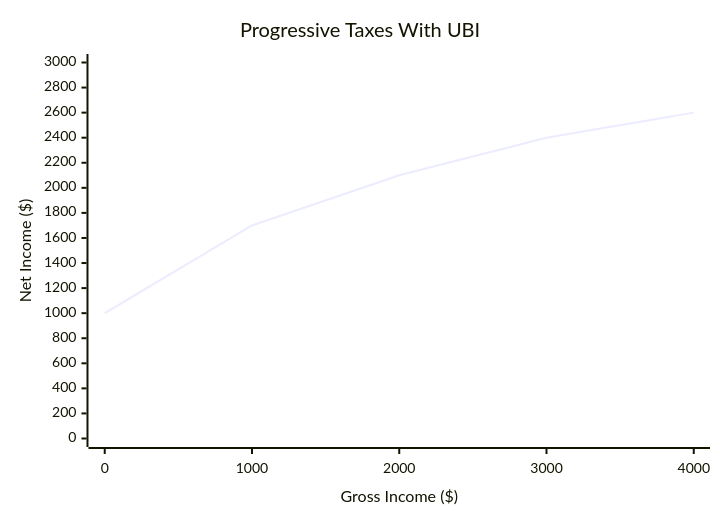
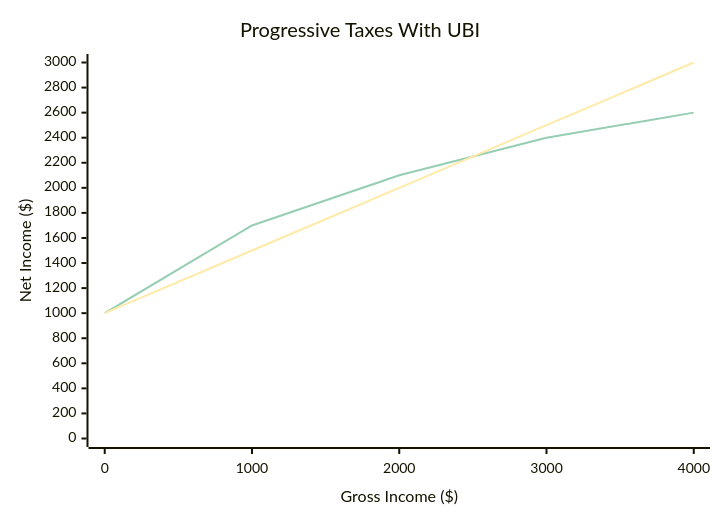
The fourth of 4 diagrams in notes/economy/justice.md (sergey-shandar/public), drawn with Mermaid before and after one commit. The commit also changed other lines of this file, not shown here.

First line of the commit message:
Enhance chart colorization with explicit color palettes

````diff
--- a/notes/economy/justice.md
+++ b/notes/economy/justice.md
@@ -57,8 +60,9 @@
 ```mermaid
-%%{init: {'theme':'default'}}%%
+%%{init: {'theme':'base', 'themeVariables': {'xyChart': {'plotColorPalette': '#96ceb4,#ffeaa7,#fd79a8,#a29bfe,#6c5ce7'}}}}%%
 xychart-beta
     title "Progressive Taxes With UBI"
     x-axis "Gross Income ($)" [0, 1000, 2000, 3000, 4000]
     y-axis "Net Income ($)" 0 --> 3000
-    line "Net Income" [1000, 1700, 2100, 2400, 2600]
+    line "Net Income (Progressive)" [1000, 1700, 2100, 2400, 2600]
+    line "Linear Tax Reference" [1000, 1500, 2000, 2500, 3000]
 ```
````
